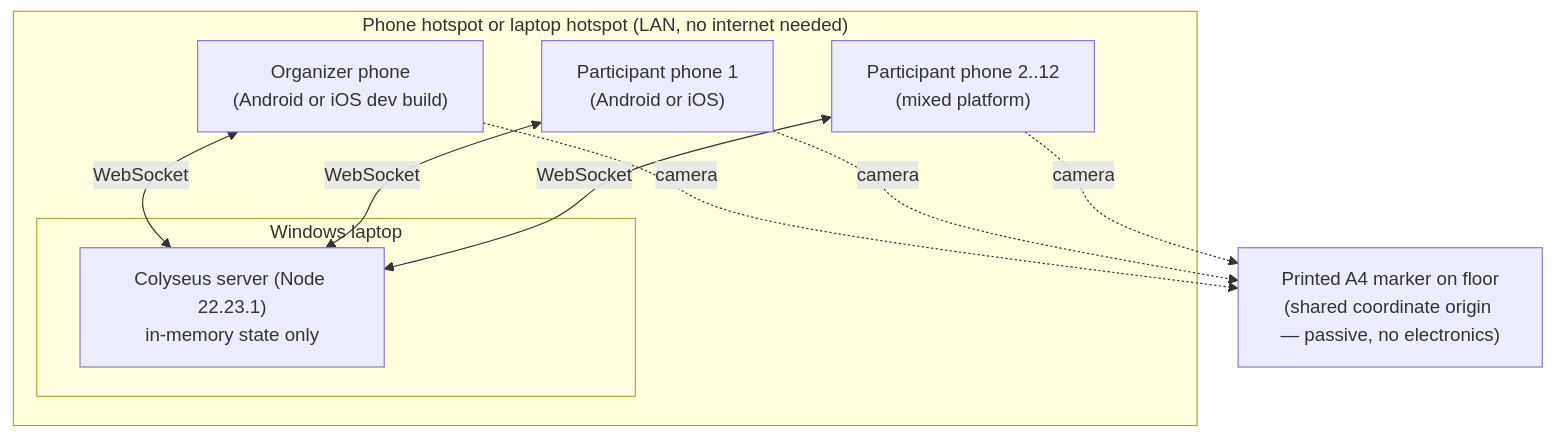
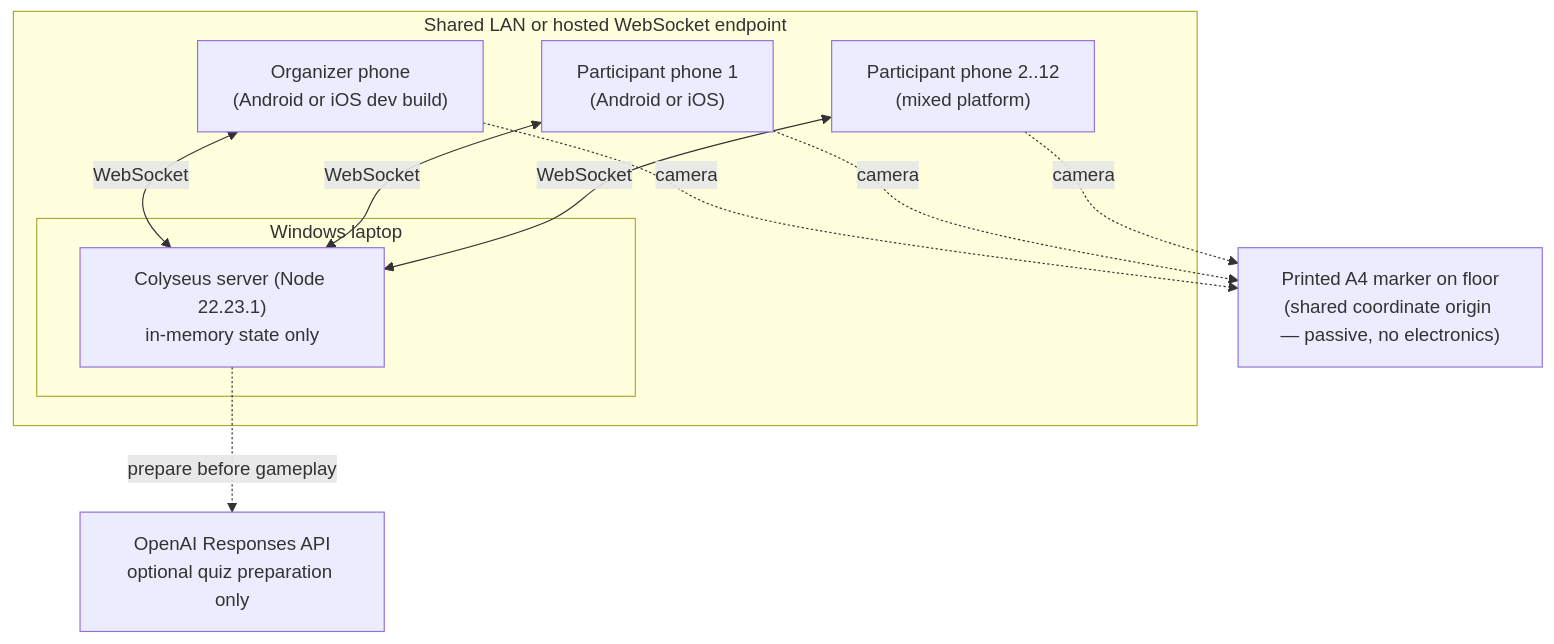
The first of 10 diagrams in ARCHITECTURE.md (Vaibtan/CodexWars), drawn with Mermaid before and after one commit. The commit also changed other lines of this file and 64 other files, not shown here.

````diff
--- a/ARCHITECTURE.md
+++ b/ARCHITECTURE.md
@@ -28,18 +28,20 @@
 ```mermaid
 flowchart TB
-    subgraph HOTSPOT["Phone hotspot or laptop hotspot (LAN, no internet needed)"]
+    subgraph HOTSPOT["Shared LAN or hosted WebSocket endpoint"]
         subgraph LAPTOP["Windows laptop"]
             SRV["Colyseus server (Node 22.23.1)<br/>in-memory state only"]
         end
         P1["Organizer phone<br/>(Android or iOS dev build)"]
         P2["Participant phone 1<br/>(Android or iOS)"]
         P3["Participant phone 2..12<br/>(mixed platform)"]
     end
     MARKER["Printed A4 marker on floor<br/>(shared coordinate origin — passive, no electronics)"]
+    OPENAI["OpenAI Responses API<br/>optional quiz preparation only"]
     P1 <-->|WebSocket| SRV
     P2 <-->|WebSocket| SRV
     P3 <-->|WebSocket| SRV
+    SRV -.->|"prepare before gameplay"| OPENAI
     P1 -.camera.-> MARKER
     P2 -.camera.-> MARKER
     P3 -.camera.-> MARKER
 ```
````
